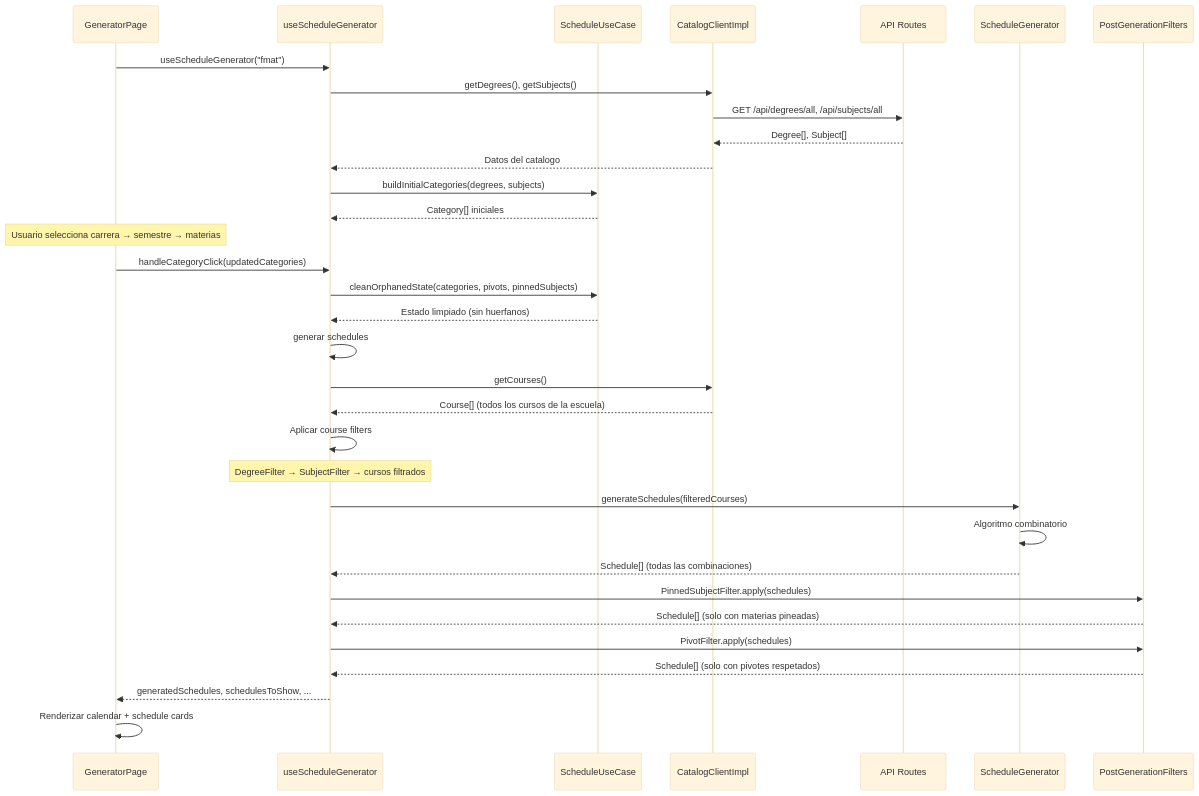
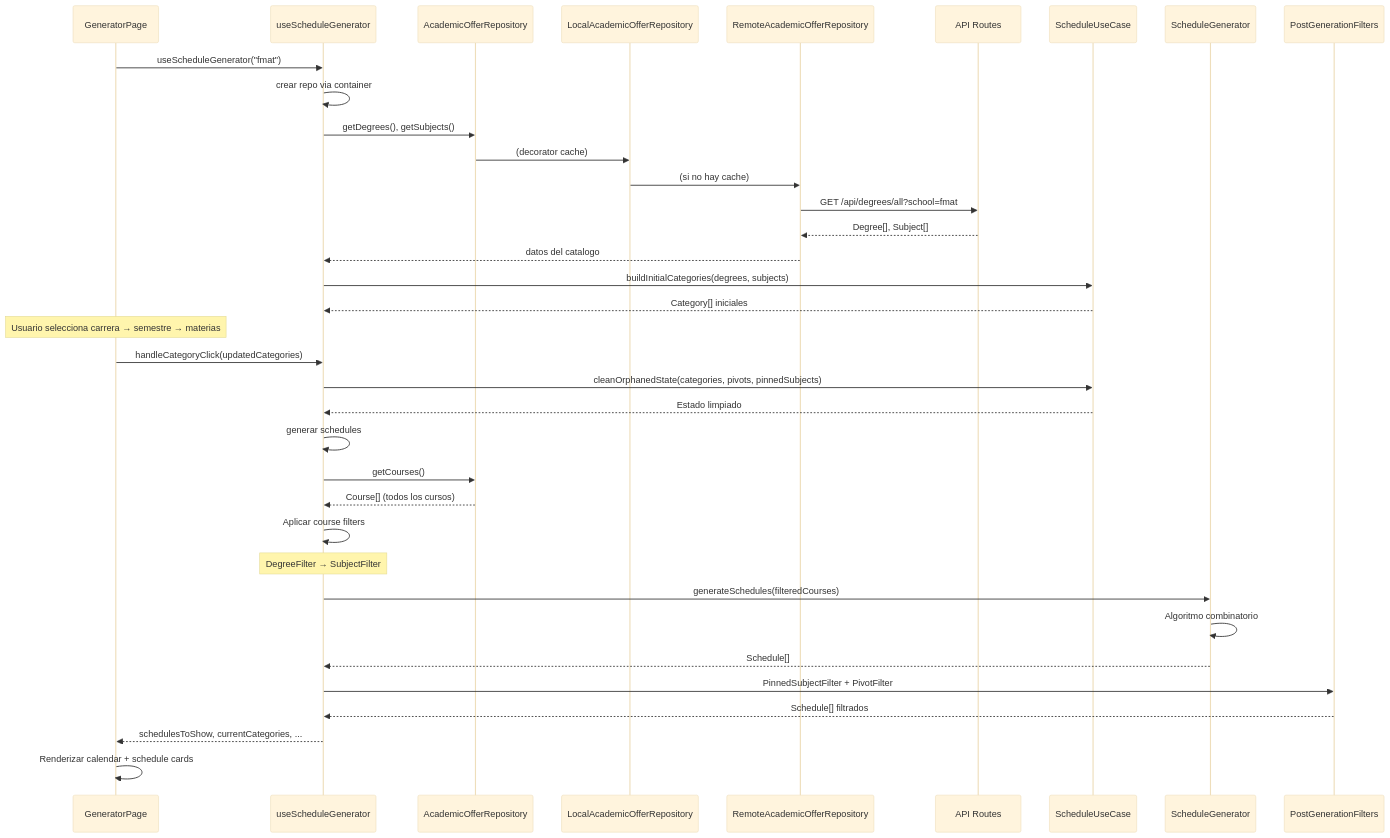
One commit to KiinMx/Kiin changed diagram 16 of 22 in docs/architecture.md. Above: the diagram before and after it, drawn with Mermaid (base theme). The commit also changed other lines of this file and 9 other files, not shown here.

````diff
--- a/docs/architecture.md
+++ b/docs/architecture.md
@@ -495,46 +597,49 @@
 ```mermaid
 sequenceDiagram
     participant UI as GeneratorPage
     participant Hook as useScheduleGenerator
+    participant Repo as AcademicOfferRepository
+    participant Local as LocalAcademicOfferRepository
+    participant Remote as RemoteAcademicOfferRepository
+    participant API as API Routes
     participant SUC as ScheduleUseCase
-    participant Cat as CatalogClientImpl
-    participant API as API Routes
     participant Gen as ScheduleGenerator
     participant PF as PostGenerationFilters
 
     UI->>Hook: useScheduleGenerator("fmat")
-    Hook->>Cat: getDegrees(), getSubjects()
-    Cat->>API: GET /api/degrees/all, /api/subjects/all
-    API-->>Cat: Degree[], Subject[]
-    Cat-->>Hook: Datos del catalogo
+    Hook->>Hook: crear repo via container
+
+    Hook->>Repo: getDegrees(), getSubjects()
+    Repo->>Local: (decorator cache)
+    Local->>Remote: (si no hay cache)
+    Remote->>API: GET /api/degrees/all?school=fmat
+    API-->>Remote: Degree[], Subject[]
+    Remote-->>Hook: datos del catalogo
 
     Hook->>SUC: buildInitialCategories(degrees, subjects)
     SUC-->>Hook: Category[] iniciales
 
     Note over UI: Usuario selecciona carrera → semestre → materias
 
     UI->>Hook: handleCategoryClick(updatedCategories)
     Hook->>SUC: cleanOrphanedState(categories, pivots, pinnedSubjects)
-    SUC-->>Hook: Estado limpiado (sin huerfanos)
+    SUC-->>Hook: Estado limpiado
 
     Hook->>Hook: generar schedules
 
-    Hook->>Cat: getCourses()
-    Cat-->>Hook: Course[] (todos los cursos de la escuela)
+    Hook->>Repo: getCourses()
+    Repo-->>Hook: Course[] (todos los cursos)
 
     Hook->>Hook: Aplicar course filters
-    Note over Hook: DegreeFilter → SubjectFilter → cursos filtrados
+    Note over Hook: DegreeFilter → SubjectFilter
 
     Hook->>Gen: generateSchedules(filteredCourses)
     Gen->>Gen: Algoritmo combinatorio
-    Gen-->>Hook: Schedule[] (todas las combinaciones)
+    Gen-->>Hook: Schedule[]
 
-    Hook->>PF: PinnedSubjectFilter.apply(schedules)
-    PF-->>Hook: Schedule[] (solo con materias pineadas)
+    Hook->>PF: PinnedSubjectFilter + PivotFilter
+    PF-->>Hook: Schedule[] filtrados
 
-    Hook->>PF: PivotFilter.apply(schedules)
-    PF-->>Hook: Schedule[] (solo con pivotes respetados)
-
-    Hook-->>UI: generatedSchedules, schedulesToShow, ...
+    Hook-->>UI: schedulesToShow, currentCategories, ...
     UI->>UI: Renderizar calendar + schedule cards
 ```
````
